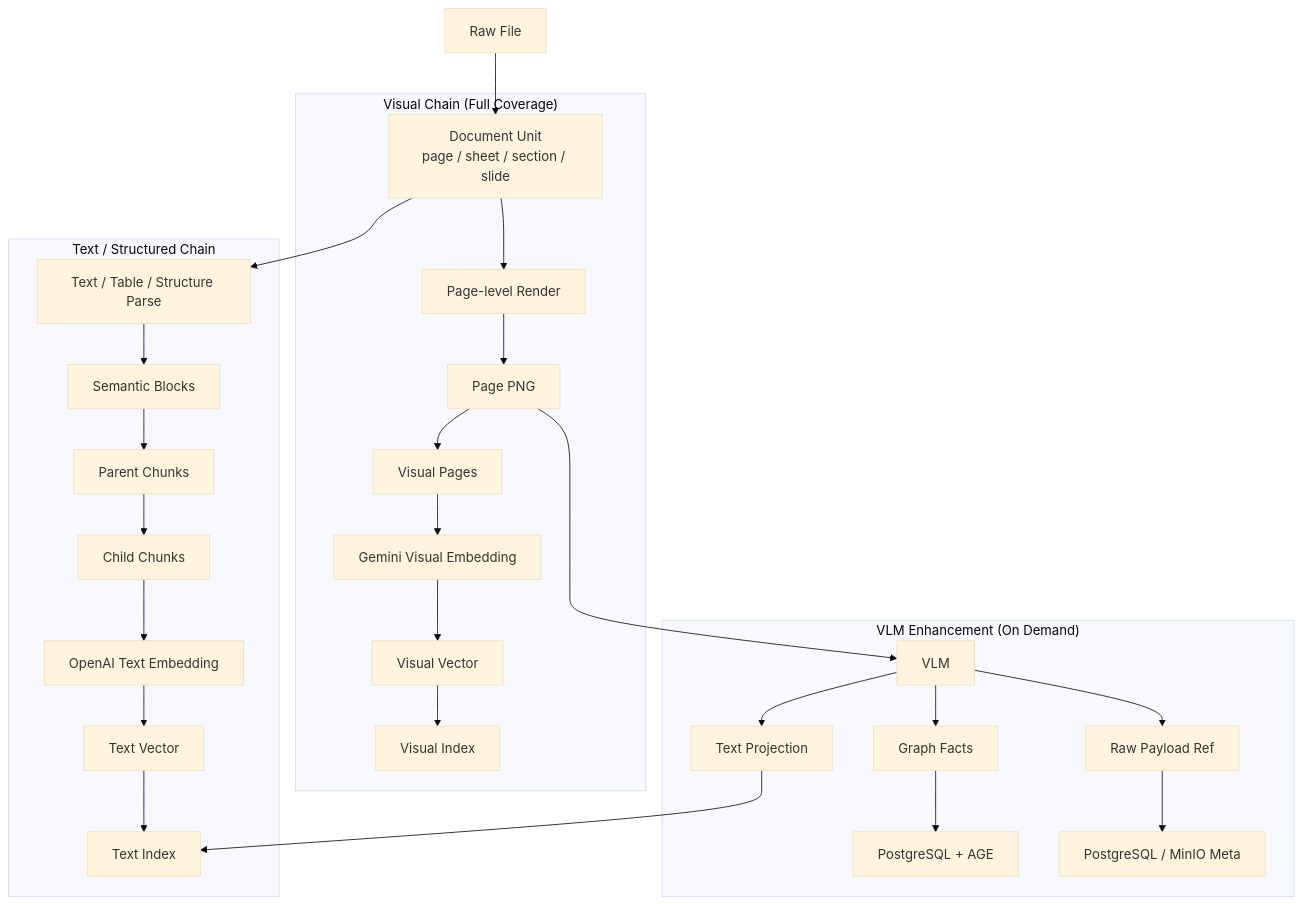
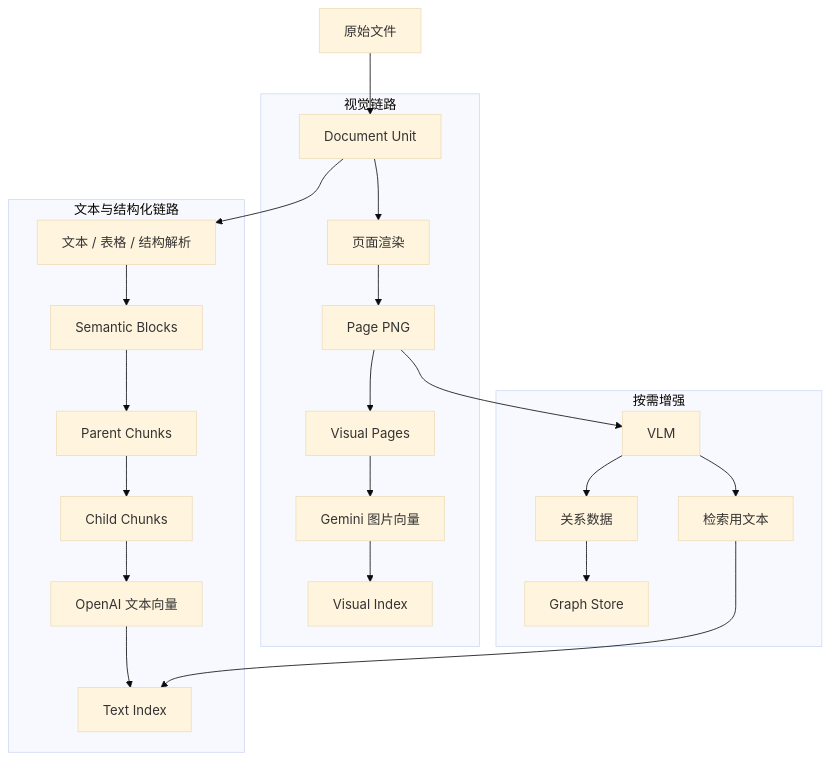
One commit to tiand23/AIKnowledgeBaseNew changed the second of 9 diagrams in README.md. Above: the diagram before and after it, drawn with Mermaid (base theme). The commit also changed other lines of this file and 2 other files, not shown here.

````diff
--- a/README.md
+++ b/README.md
@@ -87,57 +113,49 @@
 ```mermaid
 flowchart TD
-    F["Raw File"]
-    DU["Document Unit\npage / sheet / section / slide"]
+    F["原始文件"]
+    DU["Document Unit"]
 
     F --> DU
 
-    subgraph VIS["Visual Chain (Full Coverage)"]
-        R["Page-level Render"]
+    subgraph VIS["视觉链路"]
+        R["页面渲染"]
         PNG["Page PNG"]
         VP["Visual Pages"]
-        GVE["Gemini Visual Embedding"]
-        VV["Visual Vector"]
+        VE["Gemini 图片向量"]
         VI["Visual Index"]
 
         DU --> R
         R --> PNG
         PNG --> VP
-        VP --> GVE
-        GVE --> VV
-        VV --> VI
+        VP --> VE
+        VE --> VI
     end
 
-    subgraph TXT["Text / Structured Chain"]
-        P["Text / Table / Structure Parse"]
+    subgraph TXT["文本与结构化链路"]
+        P["文本 / 表格 / 结构解析"]
         SB["Semantic Blocks"]
         PC["Parent Chunks"]
         CC["Child Chunks"]
-        OTE["OpenAI Text Embedding"]
-        TV["Text Vector"]
+        TE["OpenAI 文本向量"]
         TI["Text Index"]
 
         DU --> P
         P --> SB
         SB --> PC
         PC --> CC
-        CC --> OTE
-        OTE --> TV
-        TV --> TI
+        CC --> TE
+        TE --> TI
     end
 
-    subgraph ENH["VLM Enhancement (On Demand)"]
-        VLM2["VLM"]
-        TP["Text Projection"]
-        GF["Graph Facts"]
-        RAW["Raw Payload Ref"]
+    subgraph ENH["按需增强"]
+        VLM["VLM"]
+        TP["检索用文本"]
+        GF["关系数据"]
 
-        PNG --> VLM2
-        VLM2 --> TP
-        VLM2 --> GF
-        VLM2 --> RAW
-
+        PNG --> VLM
+        VLM --> TP
+        VLM --> GF
         TP --> TI
-        GF --> AGE2["PostgreSQL + AGE"]
-        RAW --> META["PostgreSQL / MinIO Meta"]
+        GF --> GS["Graph Store"]
     end
 ```
````
